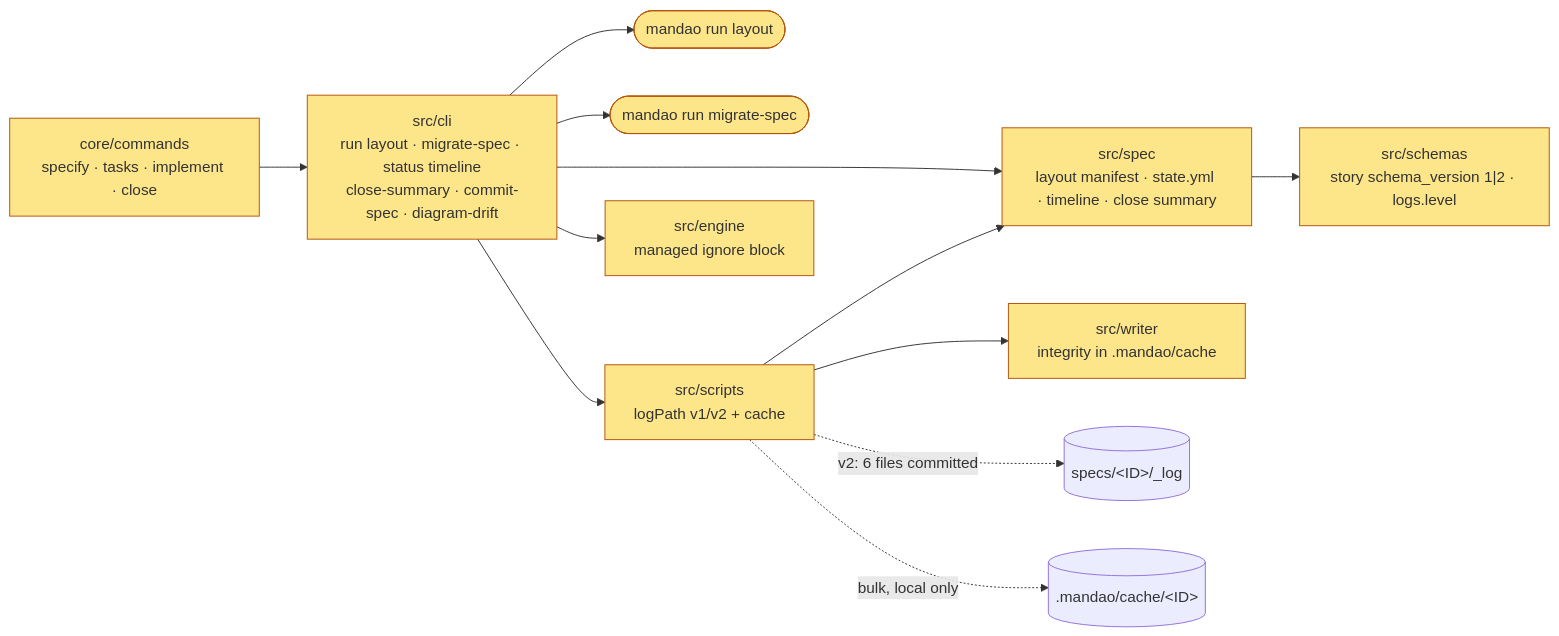
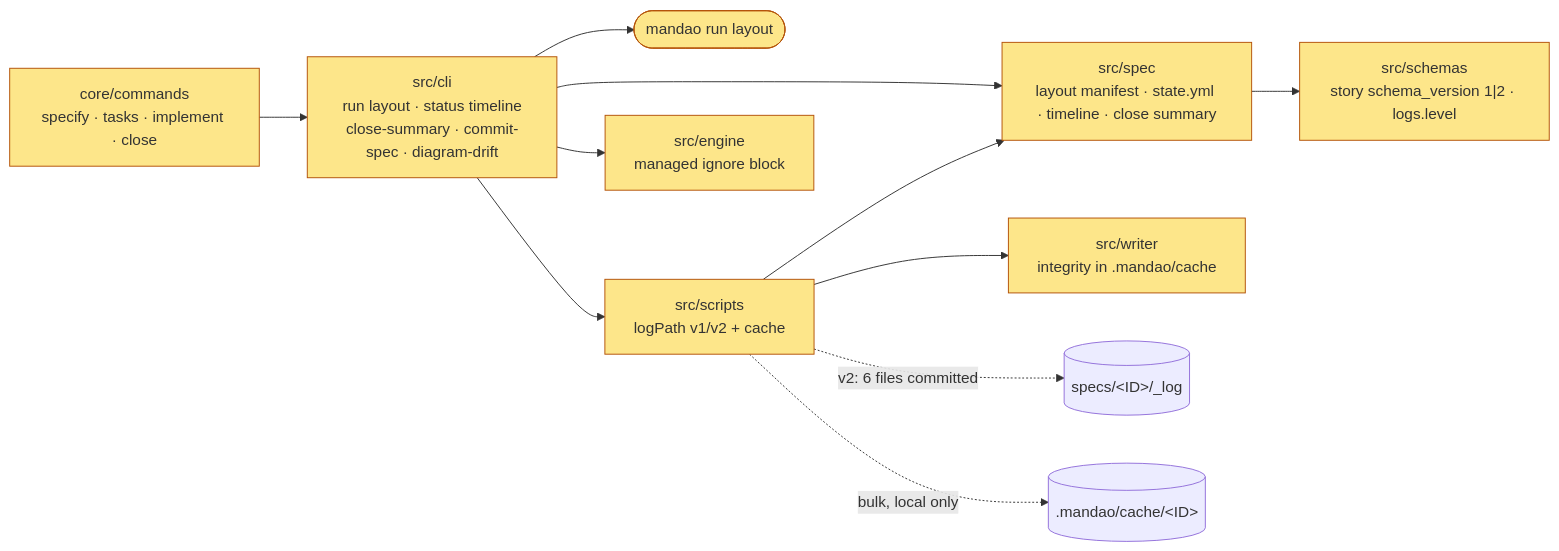
Before and after one commit to JuanGuzman-io/mandao: the diagram in specs/MDO-0011-one-fixed-layout-for-every-spec-folder/diagrams/proposed.mmd, drawn with Mermaid. The commit also changed 9 other files, not shown here.

```diff
--- a/specs/MDO-0011-one-fixed-layout-for-every-spec-folder/diagrams/proposed.mmd
+++ b/specs/MDO-0011-one-fixed-layout-for-every-spec-folder/diagrams/proposed.mmd
@@ -1,13 +1,12 @@
 flowchart LR
-  cmds["core/commands<br/>specify · tasks · implement · close"]:::changed --> cli["src/cli<br/>run layout · migrate-spec · status timeline<br/>close-summary · commit-spec · diagram-drift"]:::changed
+  cmds["core/commands<br/>specify · tasks · implement · close"]:::changed --> cli["src/cli<br/>run layout · status timeline<br/>close-summary · commit-spec · diagram-drift"]:::changed
   cli --> layout(["mandao run layout"]):::changed
-  cli --> migrate(["mandao run migrate-spec"]):::changed
   cli --> spec["src/spec<br/>layout manifest · state.yml · timeline · close summary"]:::changed
   cli --> scripts["src/scripts<br/>logPath v1/v2 + cache"]:::changed
   scripts --> spec
   scripts --> writer["src/writer<br/>integrity in .mandao/cache"]:::changed
   cli --> engine["src/engine<br/>managed ignore block"]:::changed
   spec --> schemas["src/schemas<br/>story schema_version 1|2 · logs.level"]:::changed
   scripts -. "v2: 6 files committed" .-> log[("specs/&lt;ID&gt;/_log")]
   scripts -. "bulk, local only" .-> cache[(".mandao/cache/&lt;ID&gt;")]
   classDef changed fill:#fde68a,stroke:#b45309
```
